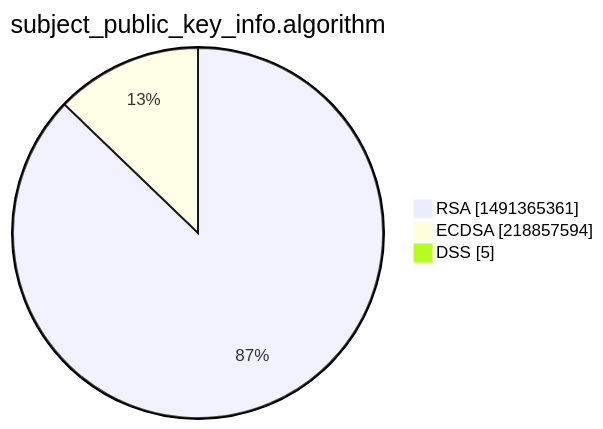
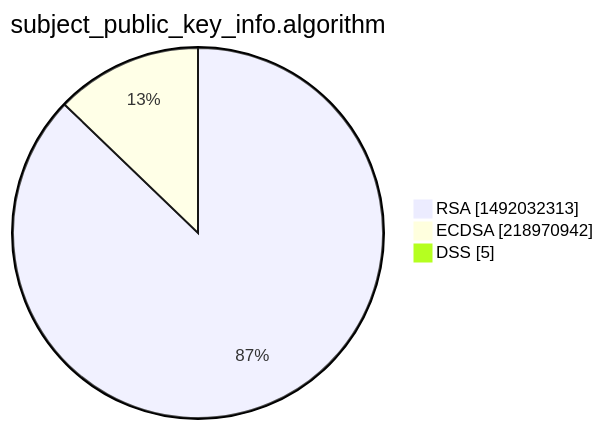
The third of 15 diagrams in xenon2022/README.md (christiankrug/ctmonitor_visualization), drawn with Mermaid before and after one commit. The commit also changed other lines of this file, not shown here.

````diff
--- a/xenon2022/README.md
+++ b/xenon2022/README.md
@@ -14,7 +14,7 @@
 ```mermaid
 pie showData
 title subject_public_key_info.algorithm
-"RSA" :1491365361
-"ECDSA" :218857594
+"RSA" :1492032313
+"ECDSA" :218970942
 "DSS" :5
 ```
````
